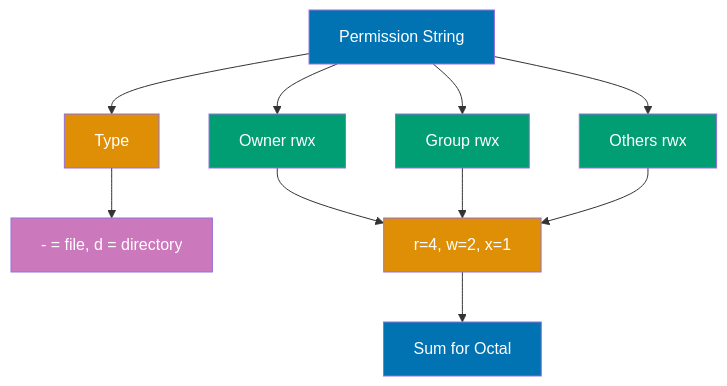
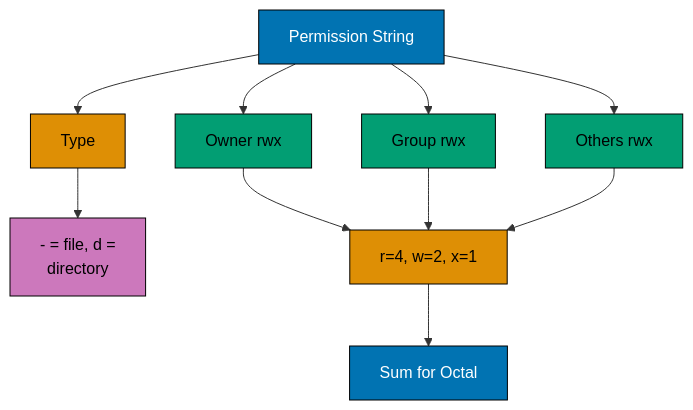
Before and after one commit to wahidyankf/ose-public: the fifth of 11 diagrams in apps/ayokoding-www/content/en/learn/legacy/software-engineering/platforms/linux/tools/shell/by-example/intermediate.md, drawn with Mermaid. The commit also changed other lines of this file and 130 other files, not shown here.

First line of the commit message:
fix(mermaid): bring the legacy platforms diagrams onto the accessible palette

````diff
--- a/apps/ayokoding-www/content/en/learn/legacy/software-engineering/platforms/linux/tools/shell/by-example/intermediate.md
+++ b/apps/ayokoding-www/content/en/learn/legacy/software-engineering/platforms/linux/tools/shell/by-example/intermediate.md
@@ -783,22 +814,29 @@
 ```mermaid
 %% Permission structure
 graph TD
+    accTitle: Example 36: File Permissions and Ownership
+    accDescr: Graph with 8 nodes and 9 connections. Nodes: Permission String, Type, Owner rwx, Group rwx, Others rwx, - = file, d = directory, r=4, w=2, x=1, Sum for Octal. Connections: Permission String to Type, Permission String to Owner rwx, Permission String to Group rwx, Permission String to Others rwx, Type to - = file, d = directory, Owner rwx to r=4, w=2, x=1, Group rwx to r=4, w=2, x=1, Others rwx to r=4, w=2, x=1, r=4, w=2, x=1 to Sum for Octal.
     A[Permission String] --> B[Type]
     A --> C[Owner rwx]
     A --> D[Group rwx]
     A --> E[Others rwx]
-    B --> F[- = file, d = directory]
+    B --> F[- = file, d =<br/>directory]
     C --> G[r=4, w=2, x=1]
     D --> G
     E --> G
     G --> H[Sum for Octal]
 
-    style A fill:#0173B2,color:#fff
-    style B fill:#DE8F05,color:#fff
-    style C fill:#029E73,color:#fff
-    style D fill:#029E73,color:#fff
-    style E fill:#029E73,color:#fff
-    style F fill:#CC78BC,color:#fff
-    style G fill:#DE8F05,color:#fff
-    style H fill:#0173B2,color:#fff
+    classDef pal-0173B2 fill:#0173B2,stroke:#000000,color:#FFFFFF
+    class A pal-0173B2
+    classDef pal-DE8F05 fill:#DE8F05,stroke:#000000,color:#000000
+    class B pal-DE8F05
+    classDef pal-029E73 fill:#029E73,stroke:#000000,color:#000000
+    class C pal-029E73
+    class D pal-029E73
+    class E pal-029E73
+    classDef pal-CC78BC fill:#CC78BC,stroke:#000000,color:#000000
+    class F pal-CC78BC
+    class G pal-DE8F05
+    class H pal-0173B2
+    classDef default fill:#FFFFFF,stroke:#000000,color:#000000
 ```
````
